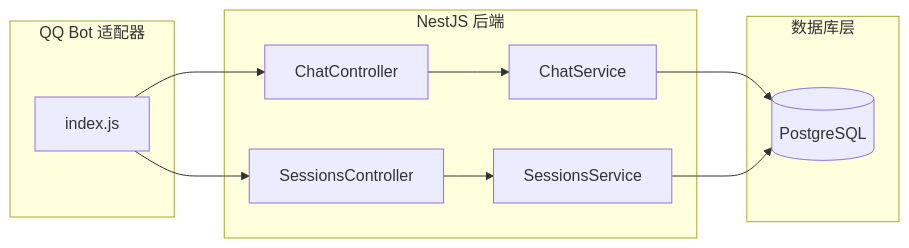
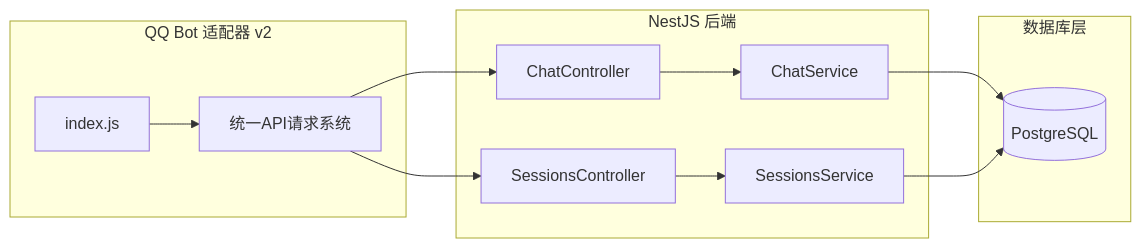
The eighth of 9 diagrams in .qoder/repowiki/zh/content/多平台适配器/QQ Bot 集成指南.md (L1mingyoung/ex), drawn with Mermaid before and after one commit. The commit also changed other lines of this file and 13 other files, not shown here.

````diff
--- a/.qoder/repowiki/zh/content/多平台适配器/QQ Bot 集成指南.md
+++ b/.qoder/repowiki/zh/content/多平台适配器/QQ Bot 集成指南.md
@@ -293,21 +371,23 @@
 ```mermaid
 graph LR
-subgraph "QQ Bot 适配器"
+subgraph "QQ Bot 适配器 v2"
 A[index.js]
+B[统一API请求系统]
 end
 subgraph "NestJS 后端"
-B[ChatController]
-C[SessionsController]
-D[ChatService]
-E[SessionsService]
+C[ChatController]
+D[SessionsController]
+E[ChatService]
+F[SessionsService]
 end
 subgraph "数据库层"
-F[(PostgreSQL)]
+G[(PostgreSQL)]
 end
 A --> B
-A --> C
+B --> C
 B --> D
 C --> E
 D --> F
-E --> F
+E --> G
+F --> G
 ```
````
